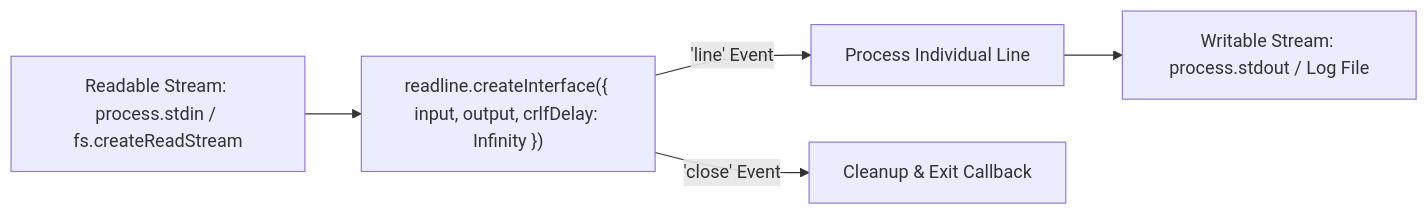
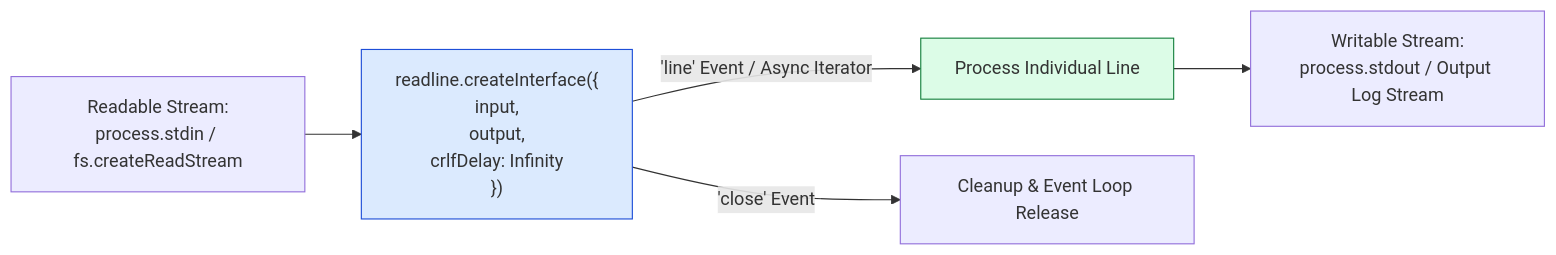
The first of 2 diagrams in nodejs-notes/20-readline-and-repl.md (Amie-dev/engineering-playbook), drawn with Mermaid before and after one commit. The commit also changed other lines of this file and 31 other files, not shown here.

````diff
--- a/nodejs-notes/20-readline-and-repl.md
+++ b/nodejs-notes/20-readline-and-repl.md
@@ -13,9 +15,12 @@
 ```mermaid
 flowchart LR
-    InputStream[Readable Stream: process.stdin / fs.createReadStream] --> RLInterface["readline.createInterface({ input, output, crlfDelay: Infinity })"]
+    InputStream[Readable Stream:<br/>process.stdin / fs.createReadStream] --> RLInterface["readline.createInterface({<br/>  input,<br/>  output,<br/>  crlfDelay: Infinity<br/>})"]
     
-    RLInterface -->|'line' Event| LineBuffer[Process Individual Line]
-    RLInterface -->|'close' Event| Complete[Cleanup & Exit Callback]
+    RLInterface -->|'line' Event / Async Iterator| LineBuffer[Process Individual Line]
+    RLInterface -->|'close' Event| Complete[Cleanup & Event Loop Release]
     
-    LineBuffer --> OutputStream[Writable Stream: process.stdout / Log File]
+    LineBuffer --> OutputStream[Writable Stream:<br/>process.stdout / Output Log Stream]
+
+    style RLInterface fill:#dbeafe,stroke:#1d4ed8
+    style LineBuffer fill:#dcfce7,stroke:#15803d
 ```
````
